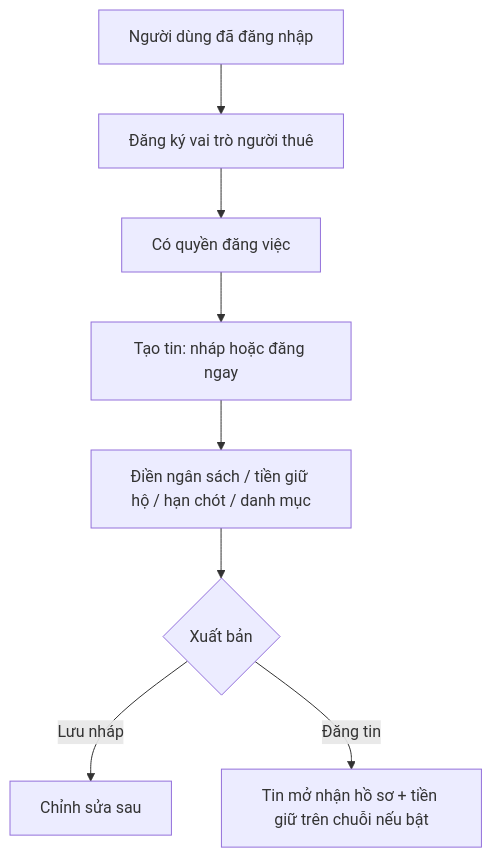
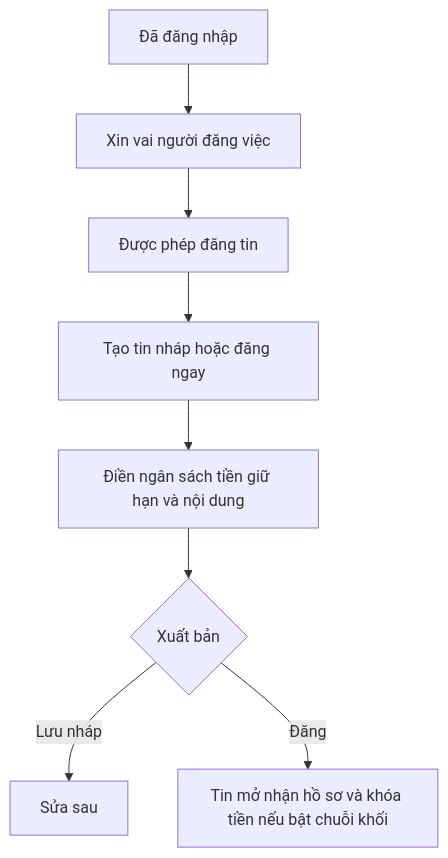
The first of 5 diagrams in poster.md (dmt041104111003/docs-nckh), drawn with Mermaid before and after one commit. The commit also changed other lines of this file and 8 other files, not shown here.

````diff
--- a/poster.md
+++ b/poster.md
@@ -9,10 +9,10 @@
 ```mermaid
 flowchart TD
-  A[Người dùng đã đăng nhập] --> B[Đăng ký vai trò người thuê]
-  B --> C[Có quyền đăng việc]
-  C --> D[Tạo tin: nháp hoặc đăng ngay]
-  D --> E[Điền ngân sách / tiền giữ hộ / hạn chót / danh mục]
+  A[Đã đăng nhập] --> B[Xin vai người đăng việc]
+  B --> C[Được phép đăng tin]
+  C --> D[Tạo tin nháp hoặc đăng ngay]
+  D --> E[Điền ngân sách tiền giữ hạn và nội dung]
   E --> F{Xuất bản}
-  F -->|Lưu nháp| G[Chỉnh sửa sau]
-  F -->|Đăng tin| H[Tin mở nhận hồ sơ + tiền giữ trên chuỗi nếu bật]
+  F -->|Lưu nháp| G[Sửa sau]
+  F -->|Đăng| H[Tin mở nhận hồ sơ và khóa tiền nếu bật chuỗi khối]
 ```
````
